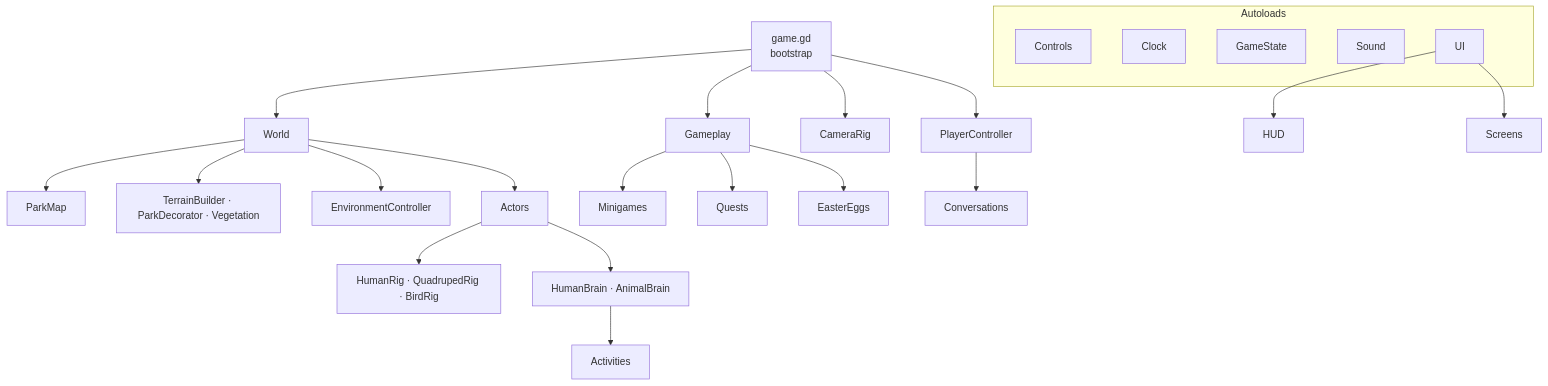
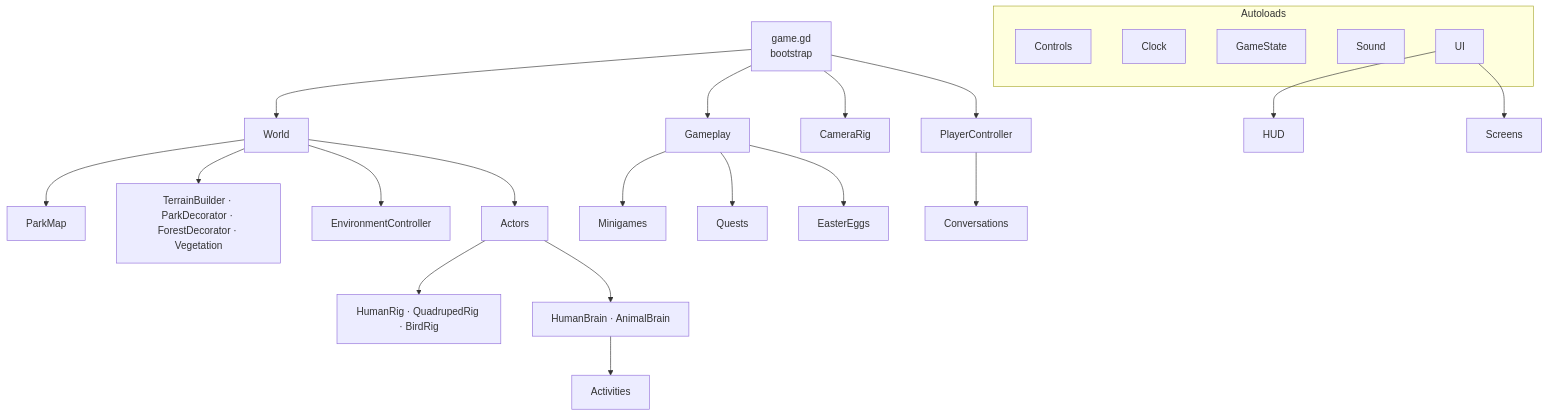
The second of 6 diagrams in doc/arc42.md (MarkDrei/Godot-Park), drawn with Mermaid before and after one commit. The commit also changed other lines of this file and 22 other files, not shown here.

First line of the commit message:
Nordwald phase 1: the world doubles to the north with a forest, the dwarves' hill and mine, lumber camp, sawmill, forest inn, quarry and pond; Waldtor between park and forest, map with two views, visitors stay in the park

````diff
--- a/doc/arc42.md
+++ b/doc/arc42.md
@@ -91,22 +91,22 @@
 ```mermaid
 flowchart TB
   subgraph Autoloads
     Controls; Clock; GameState; Sound; UI
   end
   Game[game.gd<br/>bootstrap] --> World
   Game --> PlayerController
   Game --> CameraRig
   Game --> Gameplay
   World --> ParkMap
-  World --> Builders[TerrainBuilder · ParkDecorator · Vegetation]
+  World --> Builders[TerrainBuilder · ParkDecorator · ForestDecorator · Vegetation]
   World --> Env[EnvironmentController]
   World --> Actors
   Actors --> Rigs[HumanRig · QuadrupedRig · BirdRig]
   Actors --> Brains[HumanBrain · AnimalBrain]
   Brains --> Activities
   Gameplay --> Minigames
   Gameplay --> Quests
   Gameplay --> EasterEggs
   PlayerController --> Conversations
   UI --> HUD & Screens
 ```
````
